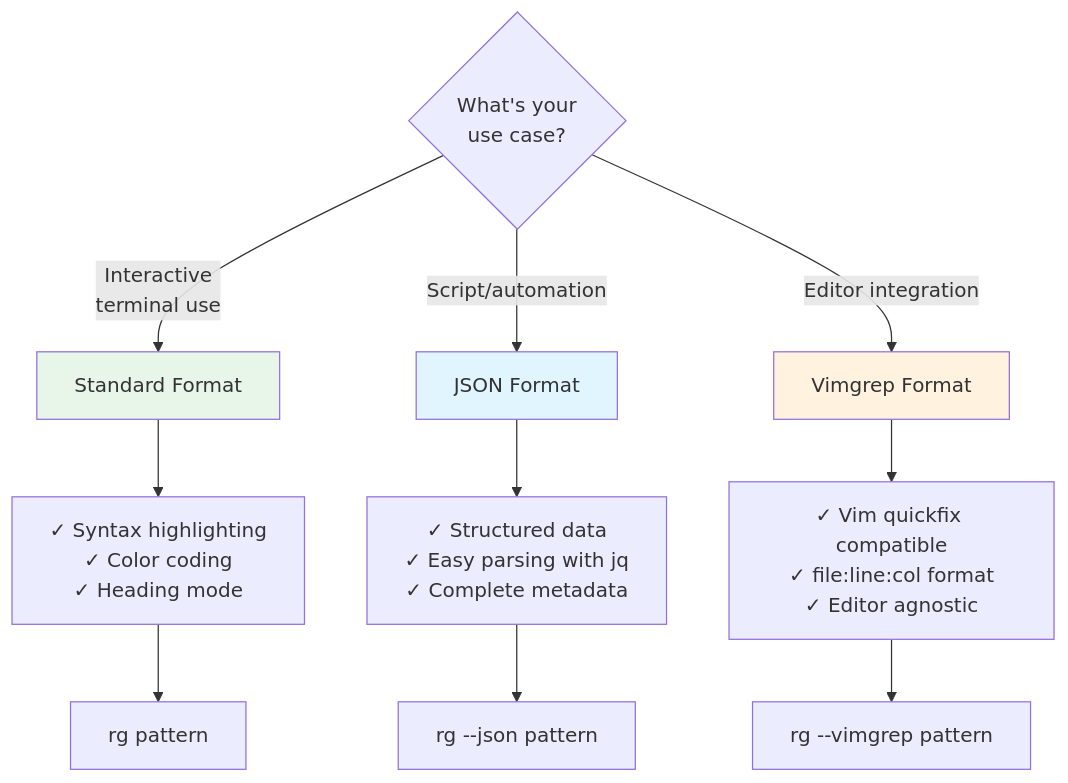
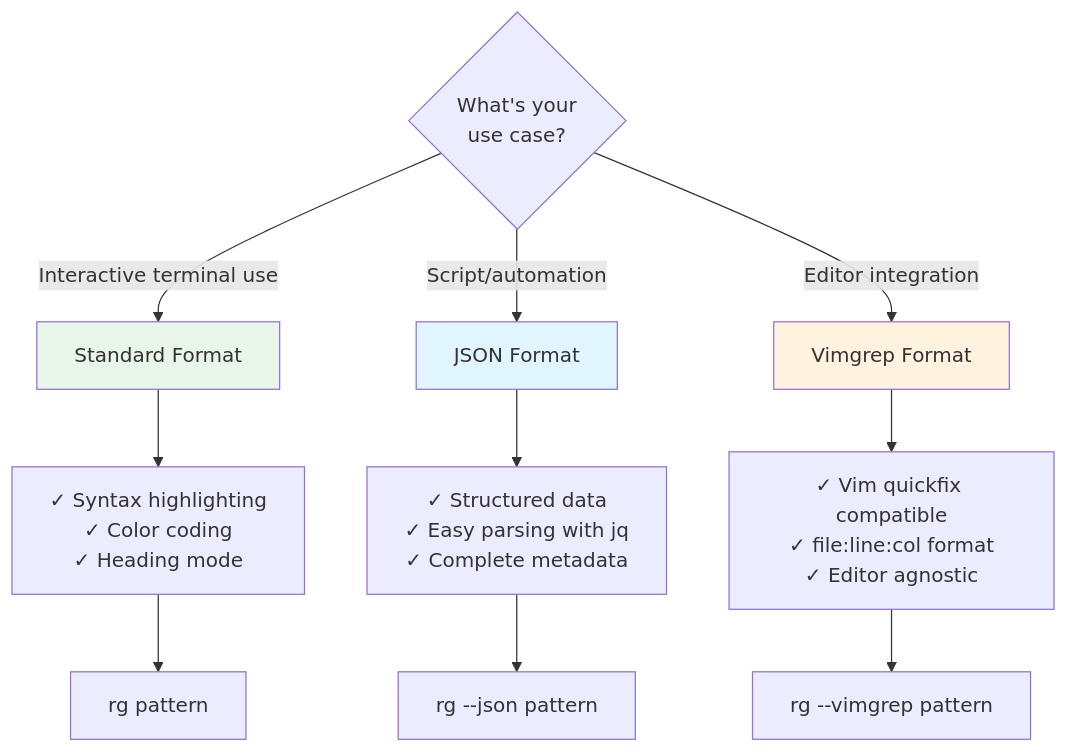
The first of 2 diagrams in docs/output-formats.md (iepathos/ripgrep), drawn with Mermaid before and after one commit. The commit also changed 10 other files, not shown here.

First line of the commit message:
fix: replace all <br/> tags with proper multi-line syntax in Mermaid diagrams

````diff
--- a/docs/output-formats.md
+++ b/docs/output-formats.md
@@ -13,21 +13,27 @@
 ```mermaid
 flowchart TD
     Start{"What's your
 use case?"}
 
-    Start -->|Interactive<br/>terminal use| Human[Standard Format]
+    Start -->|Interactive terminal use| Human[Standard Format]
     Start -->|Script/automation| Machine[JSON Format]
     Start -->|Editor integration| Editor[Vimgrep Format]
 
-    Human --> Features1["✓ Syntax highlighting<br/>✓ Color coding<br/>✓ Heading mode"]
-    Machine --> Features2["✓ Structured data<br/>✓ Easy parsing with jq<br/>✓ Complete metadata"]
-    Editor --> Features3["✓ Vim quickfix compatible<br/>✓ file:line:col format<br/>✓ Editor agnostic"]
+    Human --> Features1["✓ Syntax highlighting
+✓ Color coding
+✓ Heading mode"]
+    Machine --> Features2["✓ Structured data
+✓ Easy parsing with jq
+✓ Complete metadata"]
+    Editor --> Features3["✓ Vim quickfix compatible
+✓ file:line:col format
+✓ Editor agnostic"]
 
     Features1 --> Cmd1["rg pattern"]
     Features2 --> Cmd2["rg --json pattern"]
     Features3 --> Cmd3["rg --vimgrep pattern"]
 
     style Human fill:#e8f5e9
     style Machine fill:#e1f5ff
     style Editor fill:#fff3e0
 ```
````
